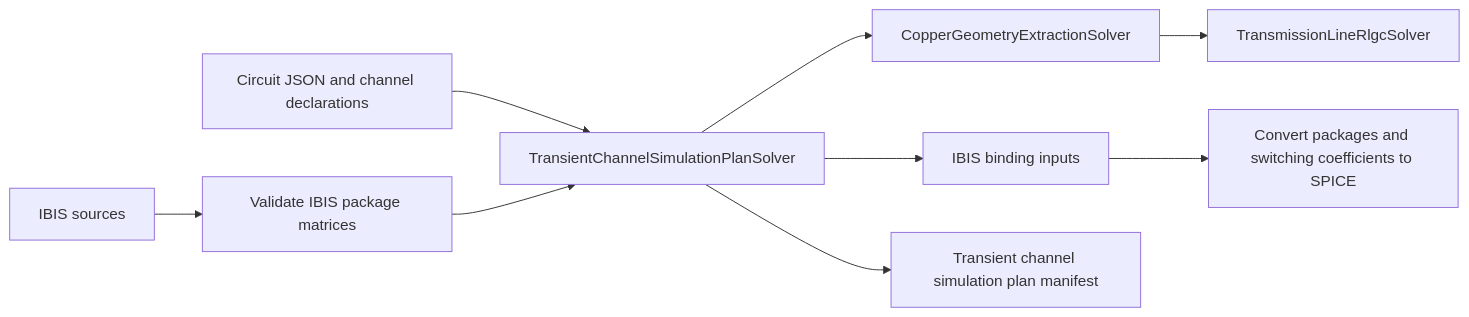
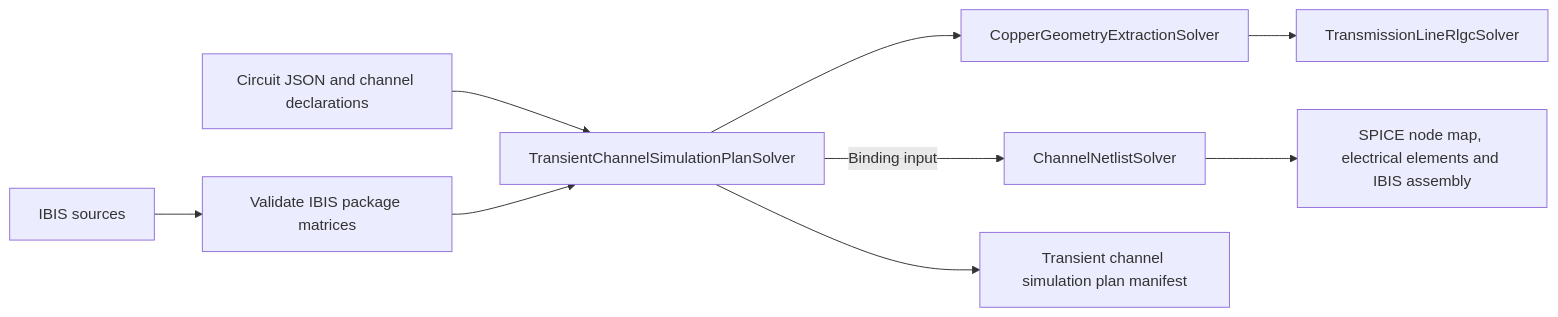
The first of 4 diagrams in README.md (tscircuit/signal-integrity-pipeline), drawn with Mermaid before and after one commit. The commit also changed other lines of this file and 9 other files, not shown here.

Commit message:
feat: add ChannelNetlistSolver

````diff
--- a/README.md
+++ b/README.md
@@ -30,11 +31,11 @@
 ```mermaid
 flowchart LR
   board["Circuit JSON and channel declarations"] --> plan["TransientChannelSimulationPlanSolver"]
   ibis["IBIS sources"] --> packages["Validate IBIS package matrices"]
   packages --> plan
   plan --> geometry["CopperGeometryExtractionSolver"]
   geometry --> transmissionLineRlgc["TransmissionLineRlgcSolver"]
-  plan --> binding["IBIS binding inputs"]
-  binding --> spice["Convert packages and switching coefficients to SPICE"]
+  plan -->|Binding input| netlist["ChannelNetlistSolver"]
+  netlist --> bound["SPICE node map, electrical elements and IBIS assembly"]
   plan --> manifest["Transient channel simulation plan manifest"]
 ```
````
